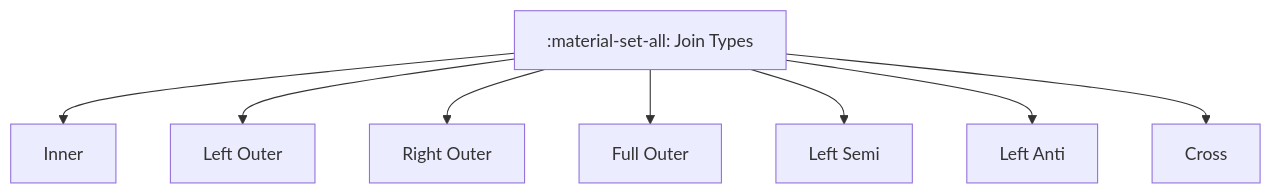
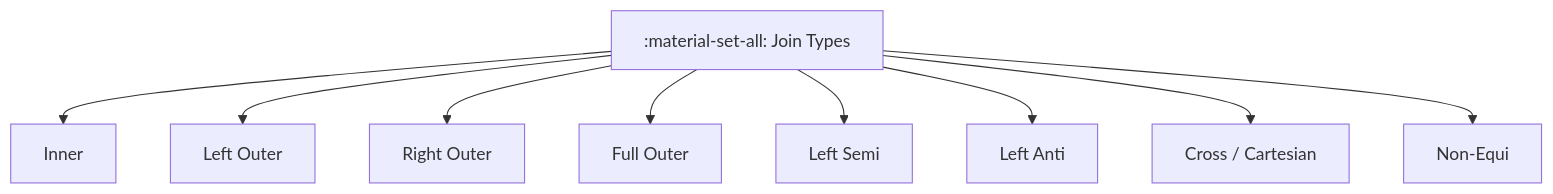
Before and after one commit to mahfooziiitian/spark-batch: the diagram in spark-sql/docs/join/types/index.md, drawn with Mermaid. The commit also changed other lines of this file and 223 other files, not shown here.

````diff
--- a/spark-sql/docs/join/types/index.md
+++ b/spark-sql/docs/join/types/index.md
@@ -8,10 +9,11 @@
 ```mermaid
 graph TD
     T[":material-set-all: Join Types"] --> I[Inner]
     T --> L[Left Outer]
     T --> R[Right Outer]
     T --> F[Full Outer]
     T --> LS[Left Semi]
     T --> LA[Left Anti]
-    T --> C[Cross]
+    T --> C[Cross / Cartesian]
+    T --> NE[Non-Equi]
 ```
````
